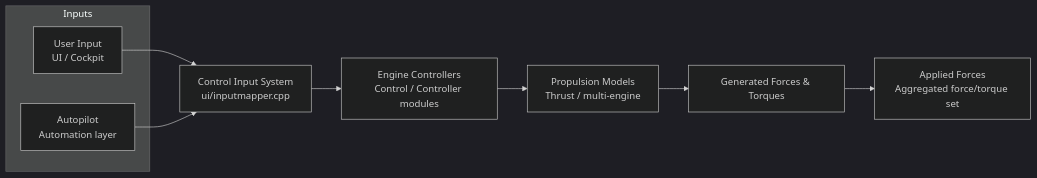
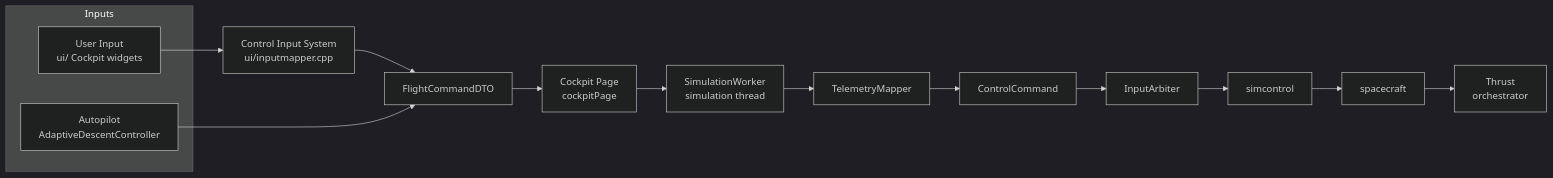
The first of 5 diagrams in docs/data-flow-diagrams.md (gerd-lrt-dev/moonlander), drawn with Mermaid (dark theme) before and after one commit. The commit also changed other lines of this file, not shown here.

First line of the commit message:
docs(data-flow): align diagrams with current main architecture

````diff
--- a/docs/data-flow-diagrams.md
+++ b/docs/data-flow-diagrams.md
@@ -25,20 +58,30 @@
 ```mermaid
 flowchart LR
     subgraph Inputs
-        UI[User Input<br/>UI / Cockpit]
-        AP[Autopilot<br/>Automation layer]
+        UI[User Input<br/>ui/ Cockpit widgets]
+        AP[Autopilot<br/>AdaptiveDescentController]
     end
 
-    CIS[Control Input System<br/>ui/inputmapper.cpp]
-    EC[Engine Controllers<br/>Control / Controller modules]
-    PM[Propulsion Models<br/>Thrust / multi-engine]
-    FT[Generated Forces & Torques]
-    AF[Applied Forces<br/>Aggregated force/torque set]
+    IM[Control Input System<br/>ui/inputmapper.cpp]
+    DTO[FlightCommandDTO]
+    CW[Cockpit Page<br/>cockpitPage]
+    SW[SimulationWorker<br/>simulation thread]
+    TM[TelemetryMapper]
+    CC[ControlCommand]
+    IA[InputArbiter]
+    SC[simcontrol]
+    SC2[spacecraft]
+    TH[Thrust<br/>orchestrator]
 
-    UI --> CIS
-    AP --> CIS
-    CIS --> EC
-    EC --> PM
-    PM --> FT
-    FT --> AF
+    UI --> IM
+    IM --> DTO
+    AP --> DTO
+    DTO --> CW
+    CW --> SW
+    SW --> TM
+    TM --> CC
+    CC --> IA
+    IA --> SC
+    SC --> SC2
+    SC2 --> TH
 ```
````
